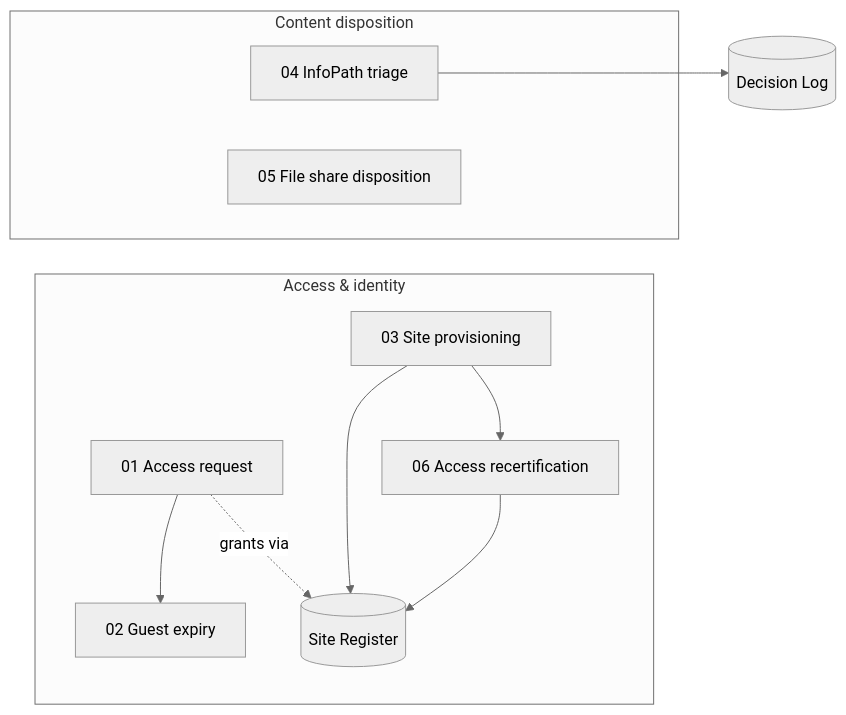
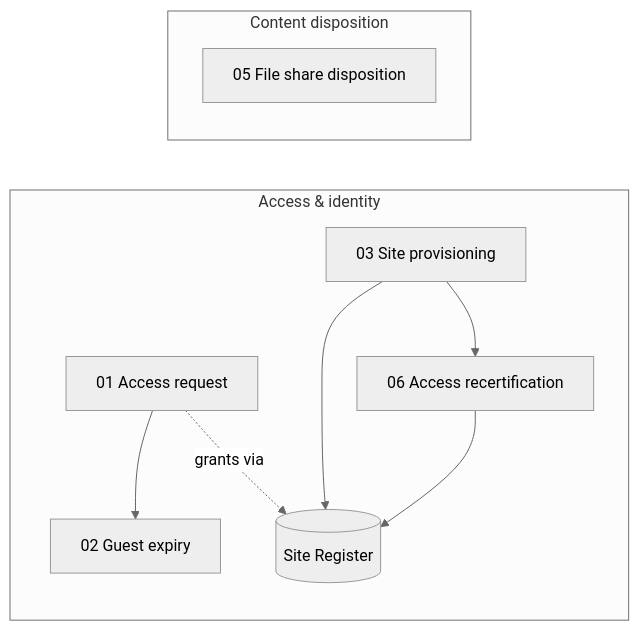
One commit to flinty-isd/Projects-hub changed the first of 6 diagrams in solutions/SharePointGovernance/diagrams/governance-flows.md. Above: the diagram before and after it, drawn with Mermaid (neutral theme). The commit also changed other lines of this file and 12 other files, not shown here.

First line of the commit message:
Align flows with PID v4.2: named owners, retire InfoPath flow, governance fixes

````diff
--- a/solutions/SharePointGovernance/diagrams/governance-flows.md
+++ b/solutions/SharePointGovernance/diagrams/governance-flows.md
@@ -10,15 +12,13 @@
 ```mermaid
 flowchart LR
   subgraph Access["Access & identity"]
     F1["01 Access request"] --> F2["02 Guest expiry"]
     F3["03 Site provisioning"] --> F6["06 Access recertification"]
     F1 -. grants via .-> SR[("Site Register")]
     F3 --> SR
     F6 --> SR
   end
   subgraph Content["Content disposition"]
-    F4["04 InfoPath triage"]
     F5["05 File share disposition"]
   end
-  F4 --> DL[("Decision Log")]
 ```
````
